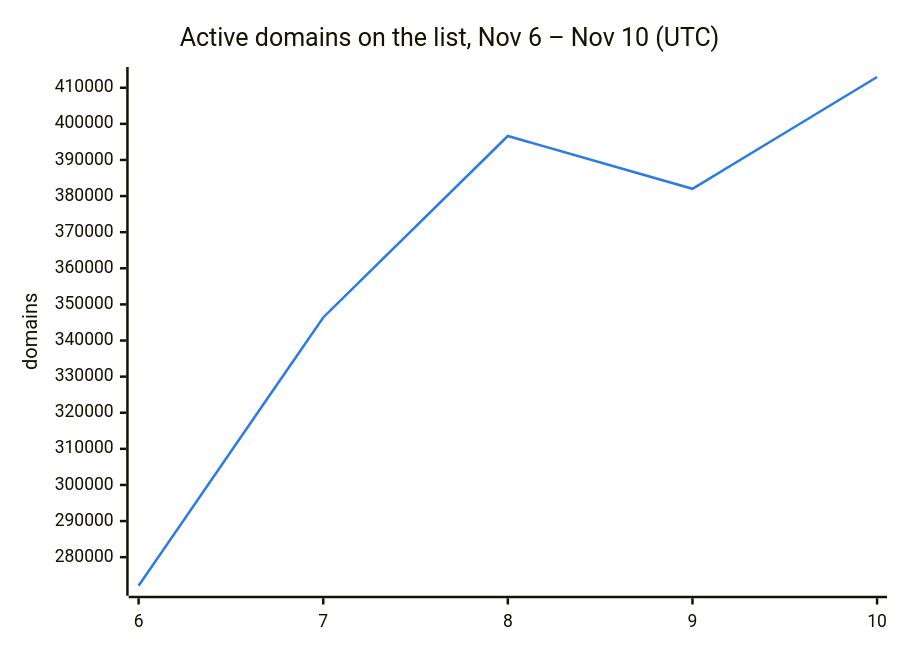
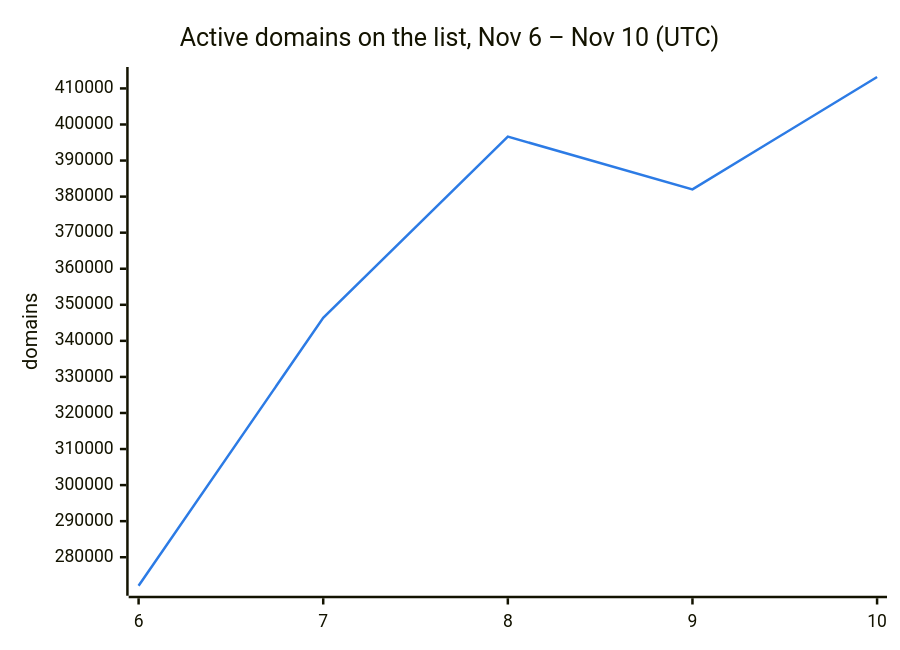
One commit to DNSBunker/CTI changed the second of 3 diagrams in README.md. Above: the diagram before and after it, drawn with Mermaid. The commit also changed other lines of this file and 3 other files, not shown here.

````diff
--- a/README.md
+++ b/README.md
@@ -38,8 +38,8 @@
 ```mermaid
 %%{init: {"themeVariables": {"xyChart": {"plotColorPalette": "#2c7be5"}}}}%%
 xychart-beta
     title "Active domains on the list, Nov 6 – Nov 10 (UTC)"
     x-axis ["6", "7", "8", "9", "10"]
     y-axis "domains"
-    line [272088, 346388, 396638, 382009, 412974]
+    line [272088, 346388, 396638, 382009, 413170]
 ```
````
